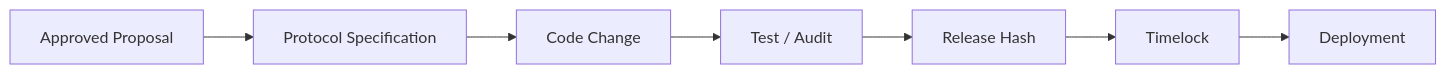
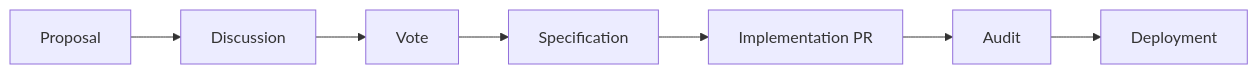
Diagram 18 of 23 in docs/whitepaper/07-governance.md (ShigeichiroYamasaki/creator-first-platform), drawn with Mermaid before and after one commit. The commit also changed other lines of this file and 1 other file, not shown here.

````diff
--- a/docs/whitepaper/07-governance.md
+++ b/docs/whitepaper/07-governance.md
@@ -505,12 +827,12 @@
 ```mermaid
 flowchart LR
-    PROPOSAL[Approved Proposal]
-    SPEC[Protocol Specification]
-    CODE[Code Change]
-    TEST[Test / Audit]
-    HASH[Release Hash]
-    TIME[Timelock]
+    PROP[Proposal]
+    DISC[Discussion]
+    VOTE[Vote]
+    SPEC[Specification]
+    PR[Implementation PR]
+    AUDIT[Audit]
     DEPLOY[Deployment]
 
-    PROPOSAL --> SPEC --> CODE --> TEST --> HASH --> TIME --> DEPLOY
+    PROP --> DISC --> VOTE --> SPEC --> PR --> AUDIT --> DEPLOY
 ```
````
